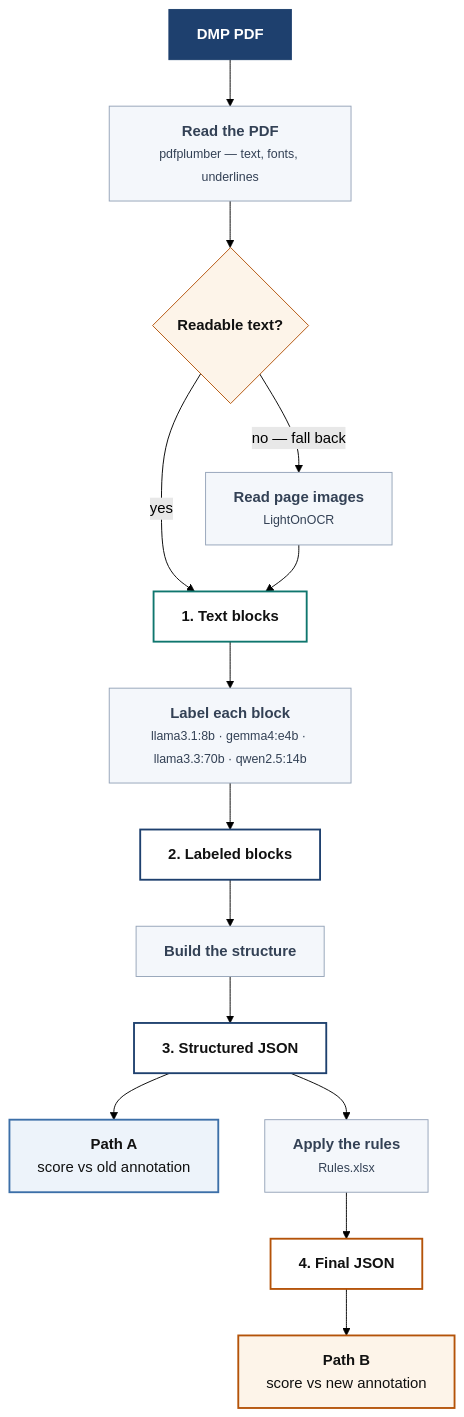
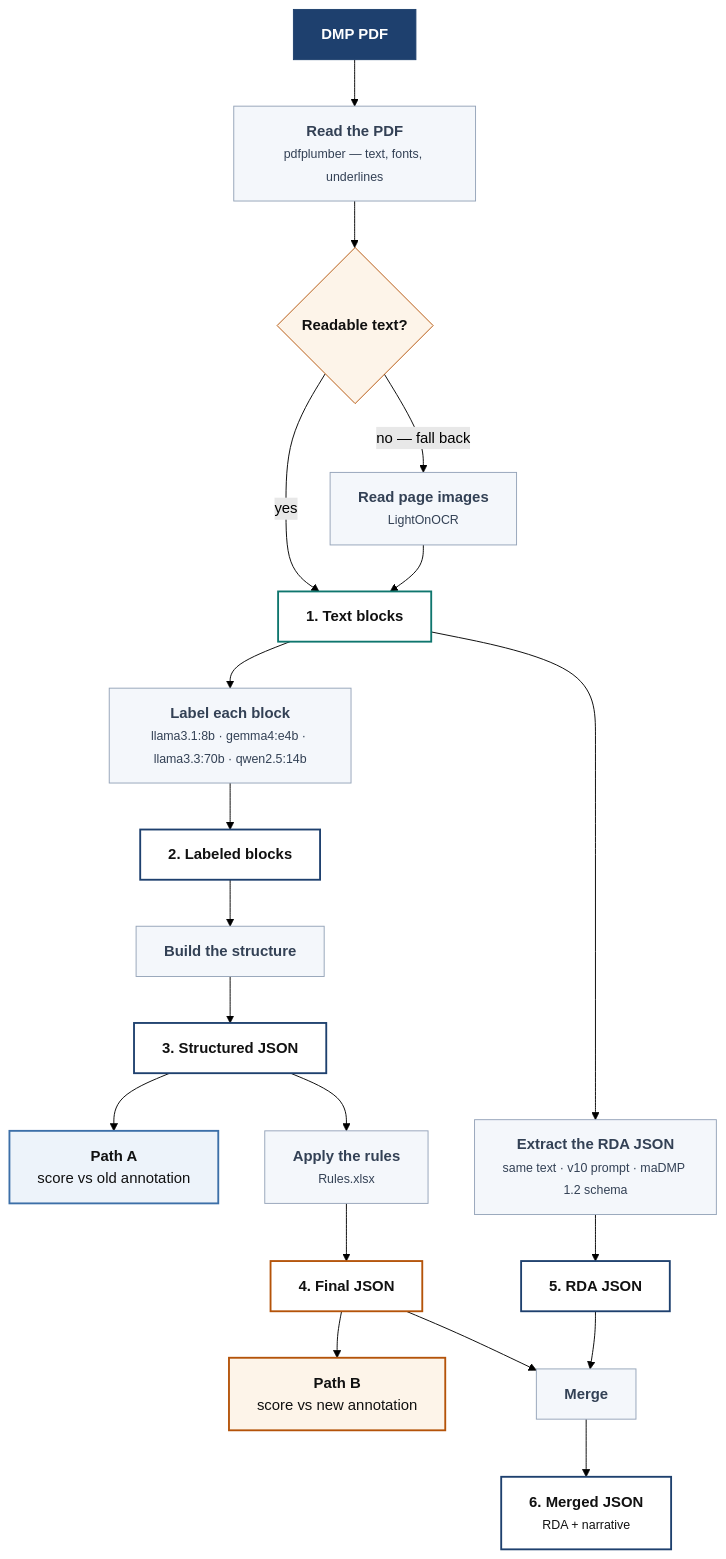
One commit to fairdataihub/dmpbridge changed the diagram in README.md. Above: the diagram before and after it, drawn with Mermaid (forest theme). The commit also changed other lines of this file, not shown here.

Commit message:
Enhance README to include RDA JSON extraction process and updated pipeline commands for improved clarity

````diff
--- a/README.md
+++ b/README.md
@@ -38,37 +38,43 @@
 ```mermaid
 flowchart TD
     PDF["<b>DMP PDF</b>"]
 
     PDF --> READ["<b>Read the PDF</b><br/><small>pdfplumber — text, fonts, underlines</small>"]
     READ --> CHECK{"<b>Readable text?</b>"}
     CHECK -- yes --> S1["<b>1. Text blocks</b>"]
     CHECK -- "no — fall back" --> OCR["<b>Read page images</b><br/><small>LightOnOCR</small>"]
     OCR --> S1
     S1 --> LABEL["<b>Label each block</b><br/><small>llama3.1:8b · gemma4:e4b · llama3.3:70b · qwen2.5:14b</small>"]
     LABEL --> S2["<b>2. Labeled blocks</b>"]
     S2 --> BUILD["<b>Build the structure</b>"]
     BUILD --> S3["<b>3. Structured JSON</b>"]
 
     S3 --> PATHA["<b>Path A</b><br/>score vs old annotation"]
     S3 --> RULES["<b>Apply the rules</b><br/><small>Rules.xlsx</small>"]
     RULES --> S4["<b>4. Final JSON</b>"]
     S4 --> PATHB["<b>Path B</b><br/>score vs new annotation"]
 
+    S1 --> RDA["<b>Extract the RDA JSON</b><br/><small>same text · v10 prompt · maDMP 1.2 schema</small>"]
+    RDA --> S5["<b>5. RDA JSON</b>"]
+    S5 --> MERGE["<b>Merge</b>"]
+    S4 --> MERGE
+    MERGE --> S6["<b>6. Merged JSON</b><br/><small>RDA + narrative</small>"]
+
     classDef input  fill:#1E406E,stroke:#1E406E,color:#ffffff
     classDef step   fill:#F4F7FB,stroke:#94A3B8,stroke-width:1px,color:#334155
     classDef cached fill:#ffffff,stroke:#0F766E,stroke-width:2px,color:#111
     classDef data   fill:#ffffff,stroke:#1E406E,stroke-width:2px,color:#111
     classDef rules  fill:#ffffff,stroke:#B45309,stroke-width:2px,color:#111
     classDef pathA  fill:#EDF3FA,stroke:#3C6FA8,stroke-width:2px,color:#111
     classDef pathB  fill:#FDF4E9,stroke:#B45309,stroke-width:2px,color:#111
     classDef check  fill:#FDF4E9,stroke:#B45309,stroke-width:1px,color:#111
 
     class PDF input
-    class READ,LABEL,BUILD,RULES,OCR step
+    class READ,LABEL,BUILD,RULES,OCR,RDA,MERGE step
     class CHECK check
     class S1 cached
-    class S2,S3 data
+    class S2,S3,S5,S6 data
     class S4 rules
     class PATHA pathA
     class PATHB pathB
 ```
````
